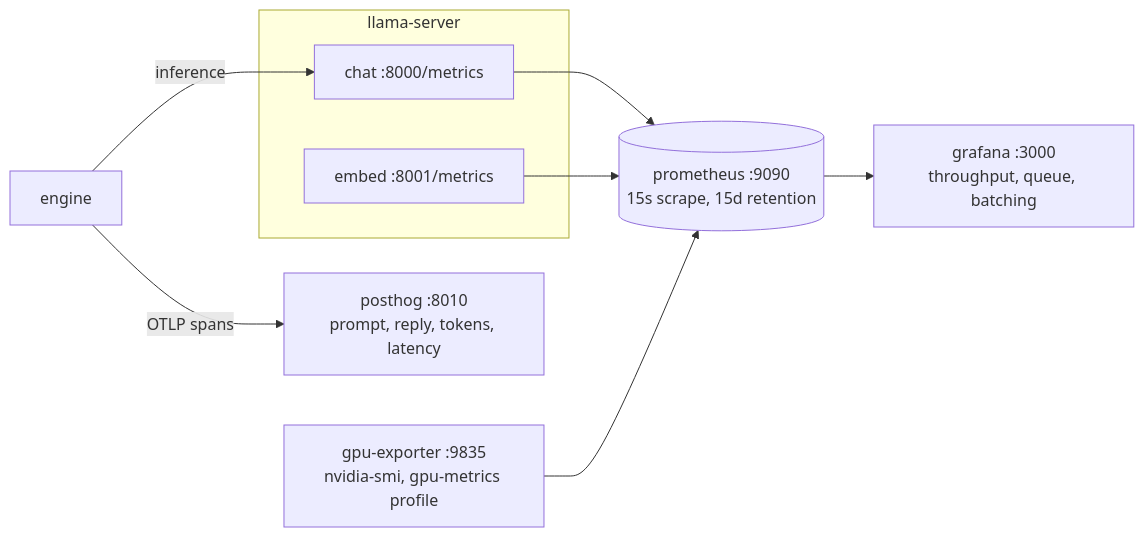
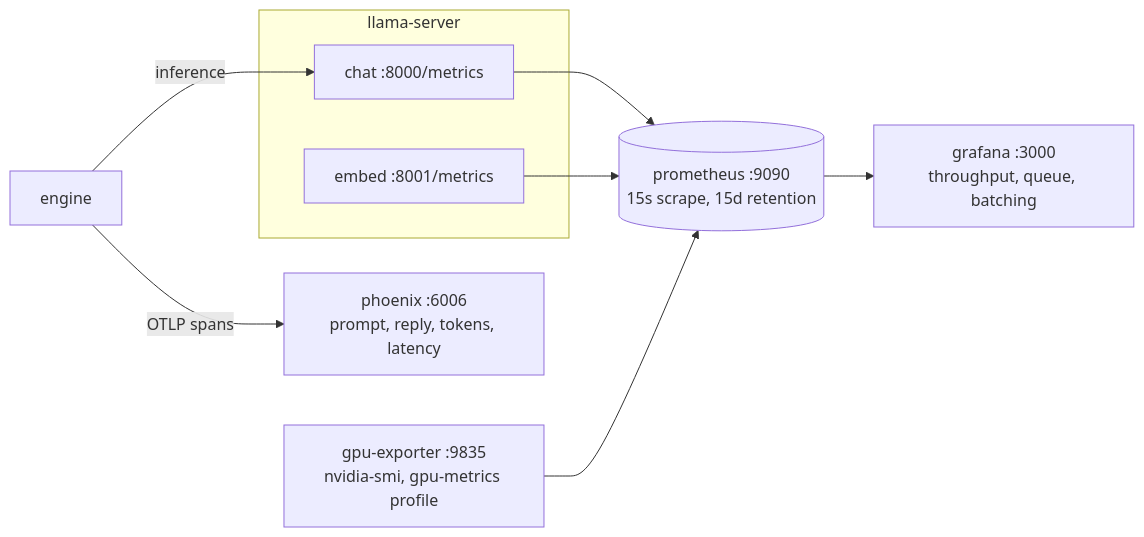
Before and after one commit to ashworks1706/SparkyAI: the tenth of 10 diagrams in docs/ARCHITECTURE.md, drawn with Mermaid. The commit also changed other lines of this file and 54 other files, not shown here.

````diff
--- a/docs/ARCHITECTURE.md
+++ b/docs/ARCHITECTURE.md
@@ -719,14 +718,14 @@
 ```mermaid
 flowchart LR
     subgraph inference ["llama-server"]
         CH["chat :8000/metrics"]
         EM["embed :8001/metrics"]
     end
     GX["gpu-exporter :9835<br/>nvidia-smi, gpu-metrics profile"]
     CH --> P[("prometheus :9090<br/>15s scrape, 15d retention")]
     EM --> P
     GX --> P
     P --> G["grafana :3000<br/>throughput, queue, batching"]
     EN["engine"] -->|"inference"| CH
-    EN -->|"OTLP spans"| PX["posthog :8010<br/>prompt, reply, tokens, latency"]
+    EN -->|"OTLP spans"| PX["phoenix :6006<br/>prompt, reply, tokens, latency"]
 ```
````
